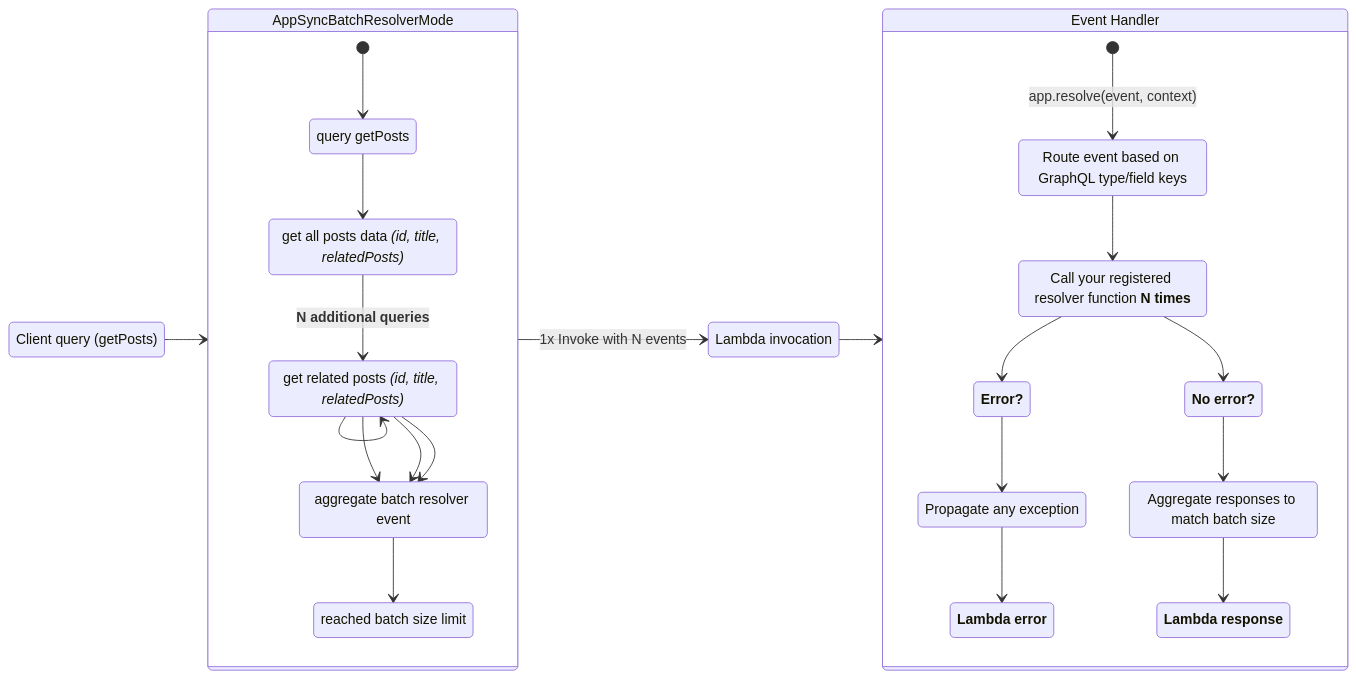
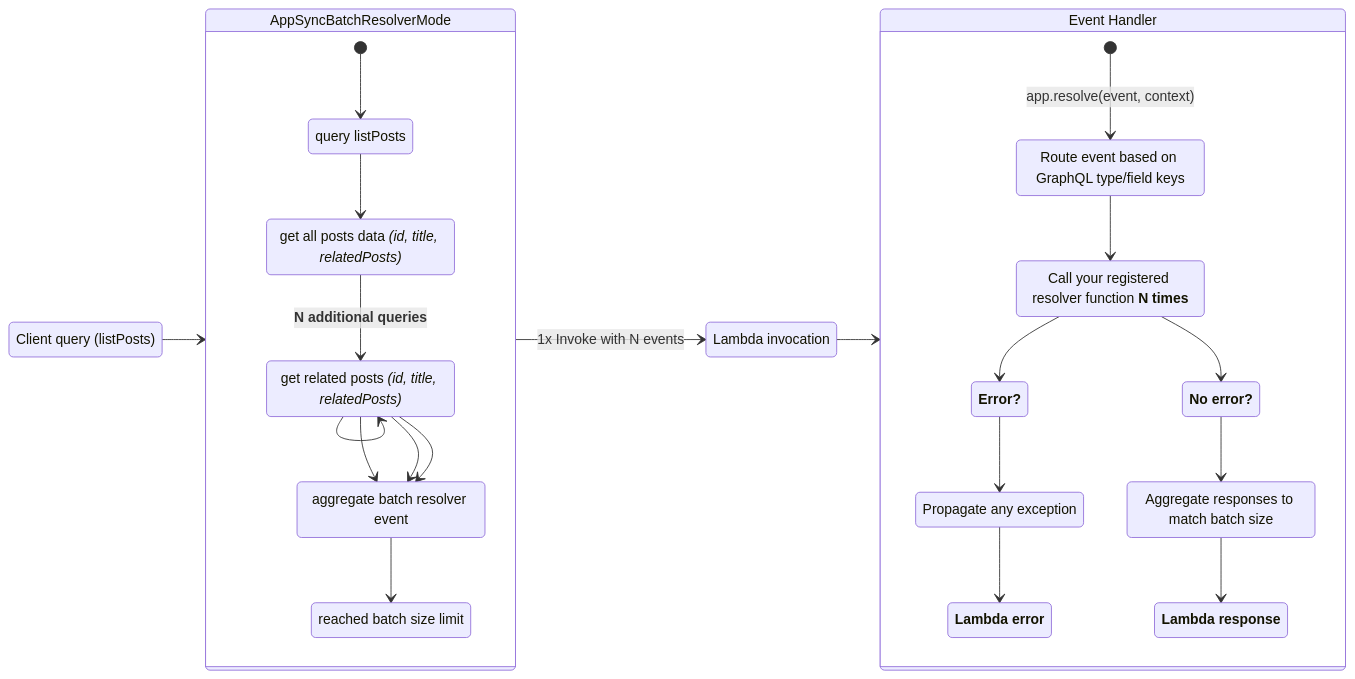
Before and after one commit to aws-powertools/powertools-lambda-python: the fifth of 5 diagrams in docs/core/event_handler/appsync.md, drawn with Mermaid. The commit also changed other lines of this file, not shown here.

````diff
--- a/docs/core/event_handler/appsync.md
+++ b/docs/core/event_handler/appsync.md
@@ -418,47 +452,47 @@
 ```mermaid
 stateDiagram-v2
     direction LR
     LambdaInit: Lambda invocation
     EventHandler: Event Handler
     EventHandlerResolver: Route event based on GraphQL type/field keys
-    Client: Client query (getPosts)
+    Client: Client query (listPosts)
     YourLogic: Call your registered resolver function <strong>N times</strong>
     EventHandlerResolverErrorHandling: <strong>Error?</strong>
     EventHandlerResolverHappyPath: <strong>No error?</strong>
     EventHandlerResolverUnhappyPath: Propagate any exception
     EventHandlerResolverBuilder: Aggregate responses to match batch size
-    AppSyncBatchPostsResolution: query getPosts
+    AppSyncBatchPostsResolution: query listPosts
     AppSyncBatchPostsItems: get all posts data <em>(id, title, relatedPosts)</em>
     AppSyncBatchRelatedPosts: get related posts <em>(id, title, relatedPosts)</em>
     AppSyncBatchAggregate: aggregate batch resolver event
     AppSyncBatchLimit: reached batch size limit
     LambdaResponse: <strong>Lambda response</strong>
     LambdaErrorResponse: <strong>Lambda error</strong>
 
     Client --> AppSyncBatchResolverMode
     state AppSyncBatchResolverMode {
         [*] --> AppSyncBatchPostsResolution
         AppSyncBatchPostsResolution --> AppSyncBatchPostsItems
         AppSyncBatchPostsItems --> AppSyncBatchRelatedPosts: <strong>N additional queries</strong>
         AppSyncBatchRelatedPosts --> AppSyncBatchRelatedPosts
         AppSyncBatchRelatedPosts --> AppSyncBatchAggregate
         AppSyncBatchRelatedPosts --> AppSyncBatchAggregate
         AppSyncBatchRelatedPosts --> AppSyncBatchAggregate
         AppSyncBatchAggregate --> AppSyncBatchLimit
     }
 
     AppSyncBatchResolverMode --> LambdaInit: 1x Invoke with N events
     LambdaInit --> EventHandler
 
     state EventHandler {
         [*] --> EventHandlerResolver: app.resolve(event, context)
         EventHandlerResolver --> YourLogic
         YourLogic --> EventHandlerResolverHappyPath
         YourLogic --> EventHandlerResolverErrorHandling
         EventHandlerResolverHappyPath --> EventHandlerResolverBuilder
         EventHandlerResolverErrorHandling --> EventHandlerResolverUnhappyPath
         EventHandlerResolverUnhappyPath --> LambdaErrorResponse
 
         EventHandlerResolverBuilder --> LambdaResponse
     }
 ```
````
